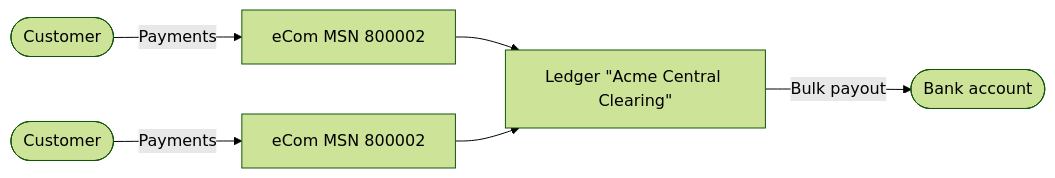
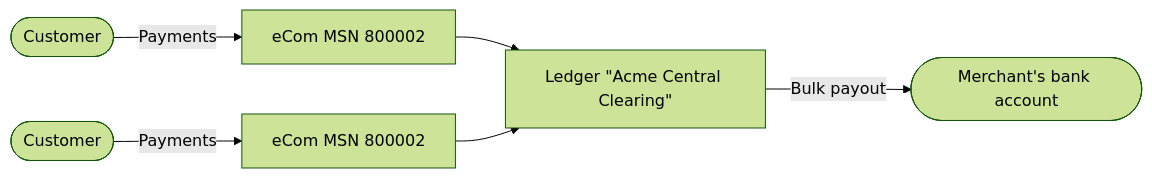
One commit to vippsas/vipps-report-api changed the second of 2 diagrams in api-guide/settlement.md. Above: the diagram before and after it, drawn with Mermaid (forest theme). The commit also changed other lines of this file, not shown here.

Commit message:
merchant bank account

````diff
--- a/api-guide/settlement.md
+++ b/api-guide/settlement.md
@@ -95,10 +95,10 @@
 ``` mermaid
 flowchart LR
     Customer1([Customer])
     Customer2([Customer])
     Customer1-- Payments -->ecomMSN1[eCom MSN 800002]
     Customer2-- Payments -->ecomMSN2[eCom MSN 800002]
     ecomMSN1 --> Ledger["Ledger #quot;Acme Central Clearing#quot;"]
     ecomMSN2 --> Ledger
-    Ledger-- Bulk payout -->Bank([Bank account])
+    Ledger-- Bulk payout -->Bank([Merchant's bank account])
 ```
````
